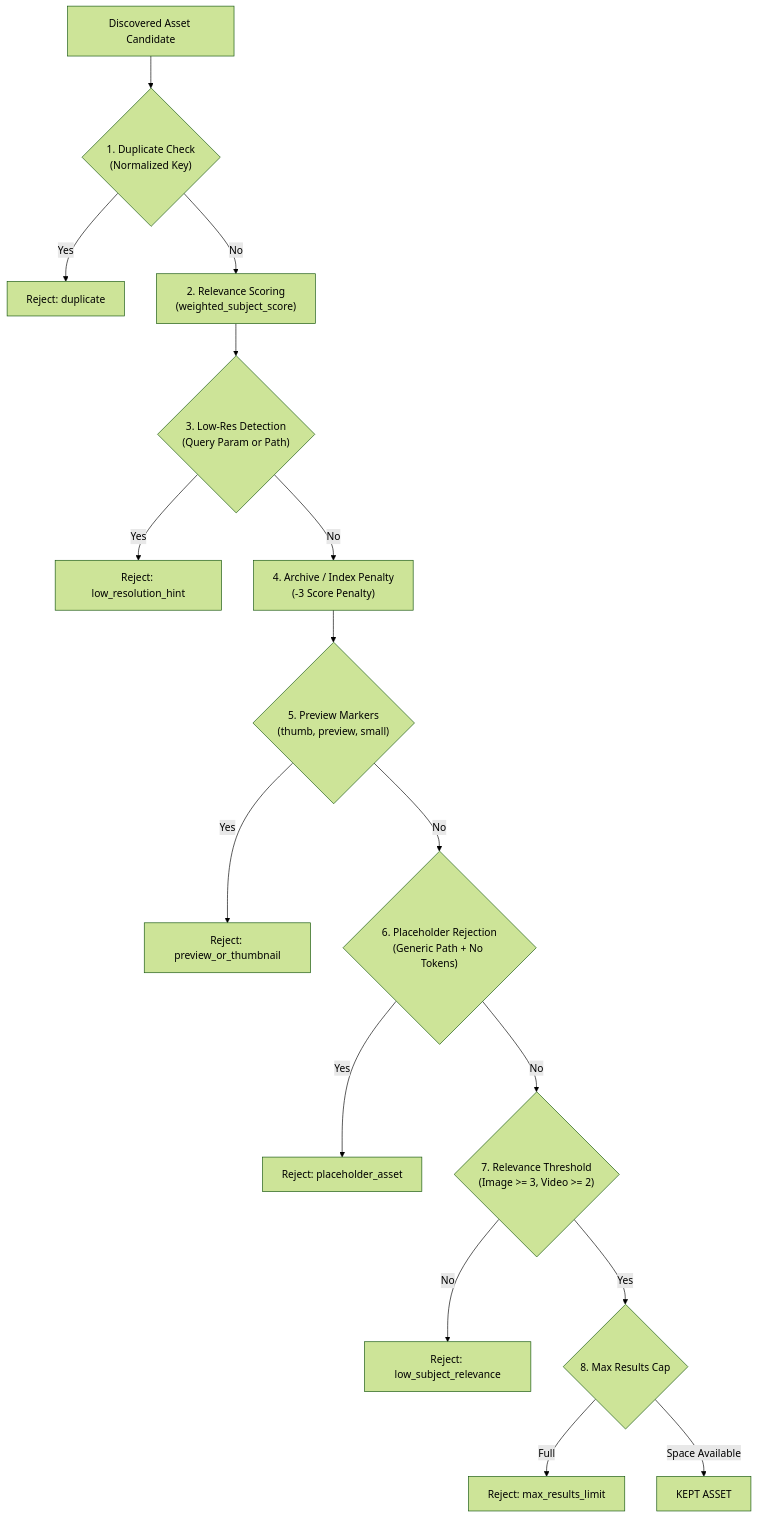
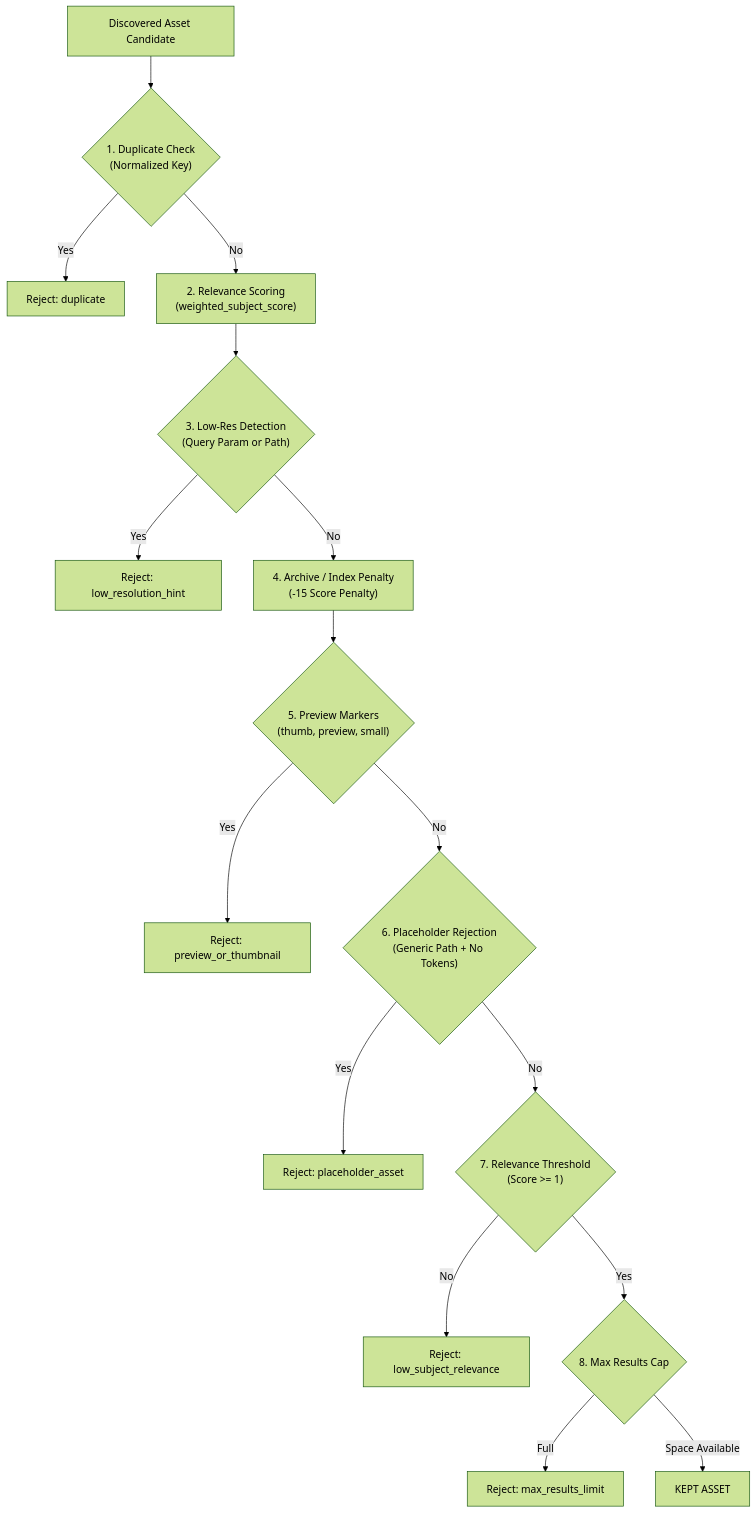
One commit to rhaffle87/scrAPE changed the diagram in docs/QUALITY_FILTERS.md. Above: the diagram before and after it, drawn with Mermaid (forest theme). The commit also changed other lines of this file and 9 other files, not shown here.

````diff
--- a/docs/QUALITY_FILTERS.md
+++ b/docs/QUALITY_FILTERS.md
@@ -11,21 +11,21 @@
 ```mermaid
 flowchart TD
     A["Discovered Asset Candidate"] --> C1{"1. Duplicate Check<br/>(Normalized Key)"}
     C1 -- Yes --> R1["Reject: duplicate"]
     C1 -- No --> C2["2. Relevance Scoring<br/>(weighted_subject_score)"]
 
     C2 --> C3{"3. Low-Res Detection<br/>(Query Param or Path)"}
     C3 -- Yes --> R3["Reject: low_resolution_hint"]
-    C3 -- No --> C4["4. Archive / Index Penalty<br/>(-3 Score Penalty)"]
+    C3 -- No --> C4["4. Archive / Index Penalty<br/>(-15 Score Penalty)"]
 
     C4 --> C5{"5. Preview Markers<br/>(thumb, preview, small)"}
     C5 -- Yes --> R5["Reject: preview_or_thumbnail"]
     C5 -- No --> C6{"6. Placeholder Rejection<br/>(Generic Path + No Tokens)"}
 
     C6 -- Yes --> R6["Reject: placeholder_asset"]
-    C6 -- No --> C7{"7. Relevance Threshold<br/>(Image >= 3, Video >= 2)"}
+    C6 -- No --> C7{"7. Relevance Threshold<br/>(Score >= 1)"}
     C7 -- No --> R7["Reject: low_subject_relevance"]
     C7 -- Yes --> C8{"8. Max Results Cap"}
     C8 -- Full --> R8["Reject: max_results_limit"]
     C8 -- Space Available --> Keep["KEPT ASSET"]
 ```
````
